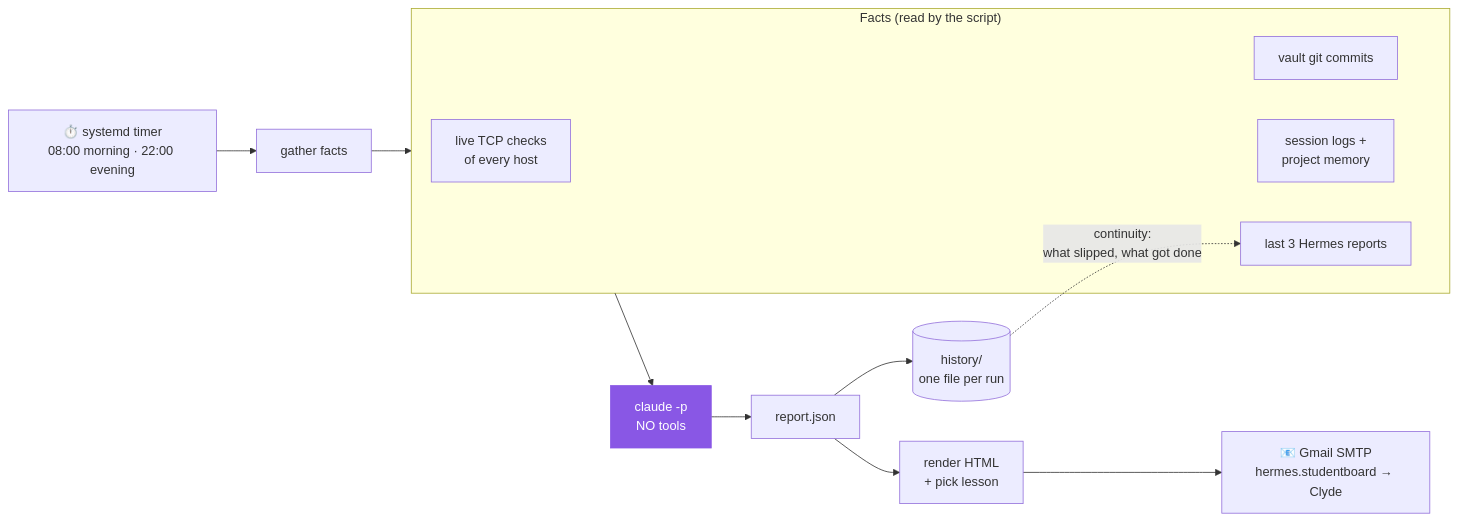
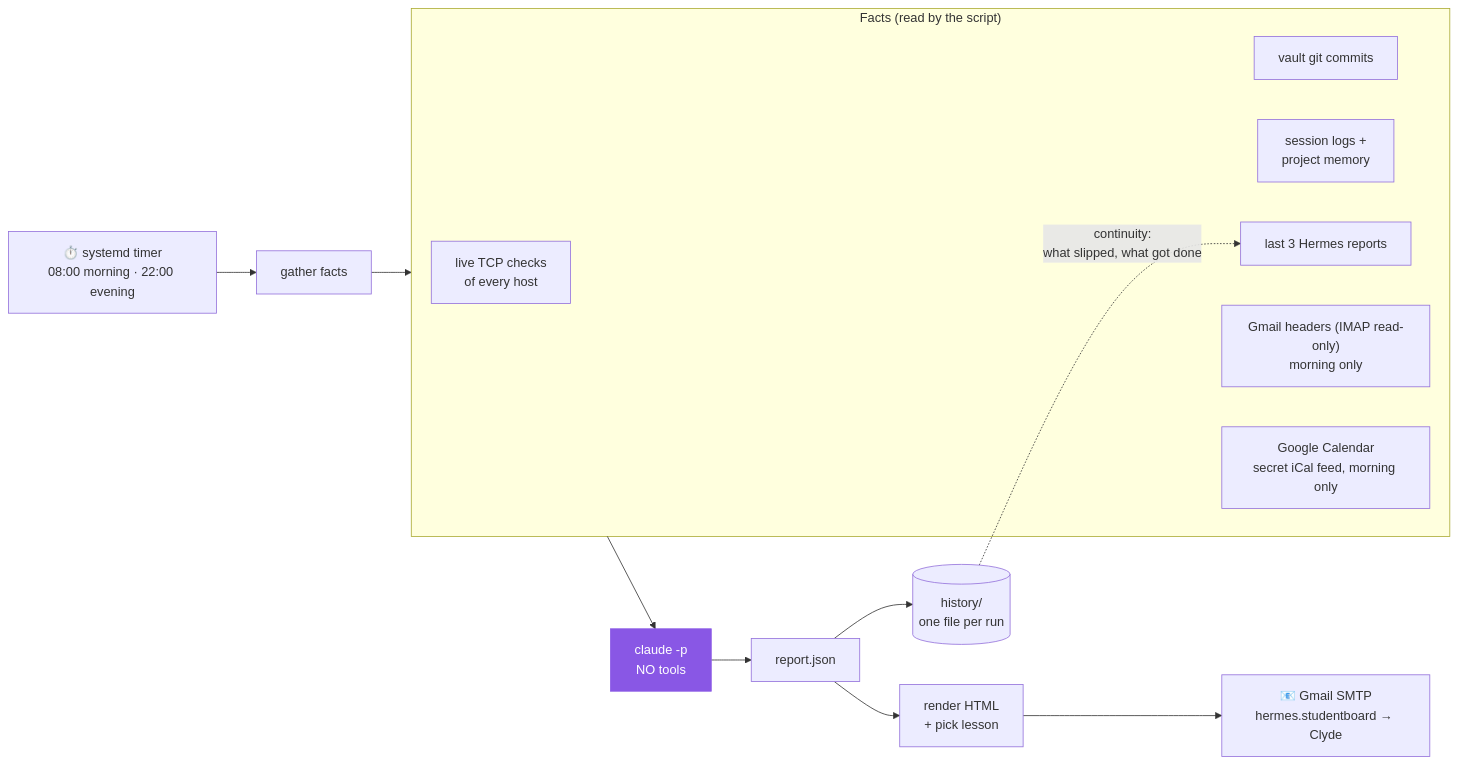
The diagram in HomeLab/6 - Services/Hermes Design.md (ClydeWasEjected/ClydeHomeLab), drawn with Mermaid before and after one commit. The commit also changed other lines of this file and 11 other files, not shown here.

````diff
--- a/HomeLab/6 - Services/Hermes Design.md
+++ b/HomeLab/6 - Services/Hermes Design.md
@@ -10,16 +10,18 @@
 ```mermaid
 flowchart LR
     t["⏱️ systemd timer<br/>08:00 morning · 22:00 evening"] --> g["gather facts"]
     subgraph facts["Facts (read by the script)"]
         f1["live TCP checks<br/>of every host"]
         f2["vault git commits"]
         f3["session logs +<br/>project memory"]
         f4["last 3 Hermes reports"]
+        f5["Gmail headers (IMAP read-only)<br/>morning only"]
+        f6["Google Calendar<br/>secret iCal feed, morning only"]
     end
     g --> facts --> c["claude -p<br/>NO tools"]
     c --> j["report.json"] --> r["render HTML<br/>+ pick lesson"] --> m["📧 Gmail SMTP<br/>hermes.studentboard → Clyde"]
     j --> h[("history/<br/>one file per run")]
     h -. "continuity:<br/>what slipped, what got done" .-> f4
     classDef ai fill:#8957e5,stroke:#8957e5,color:#fff
     class c ai
 ```
````
